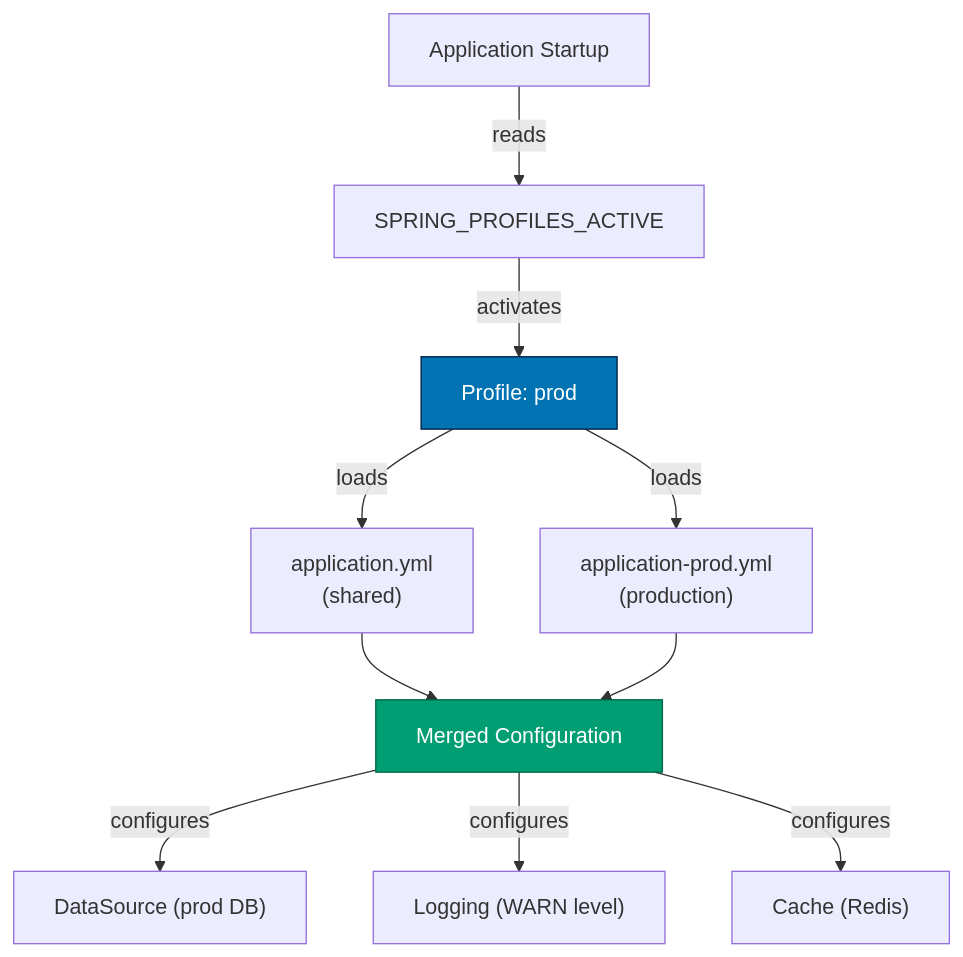
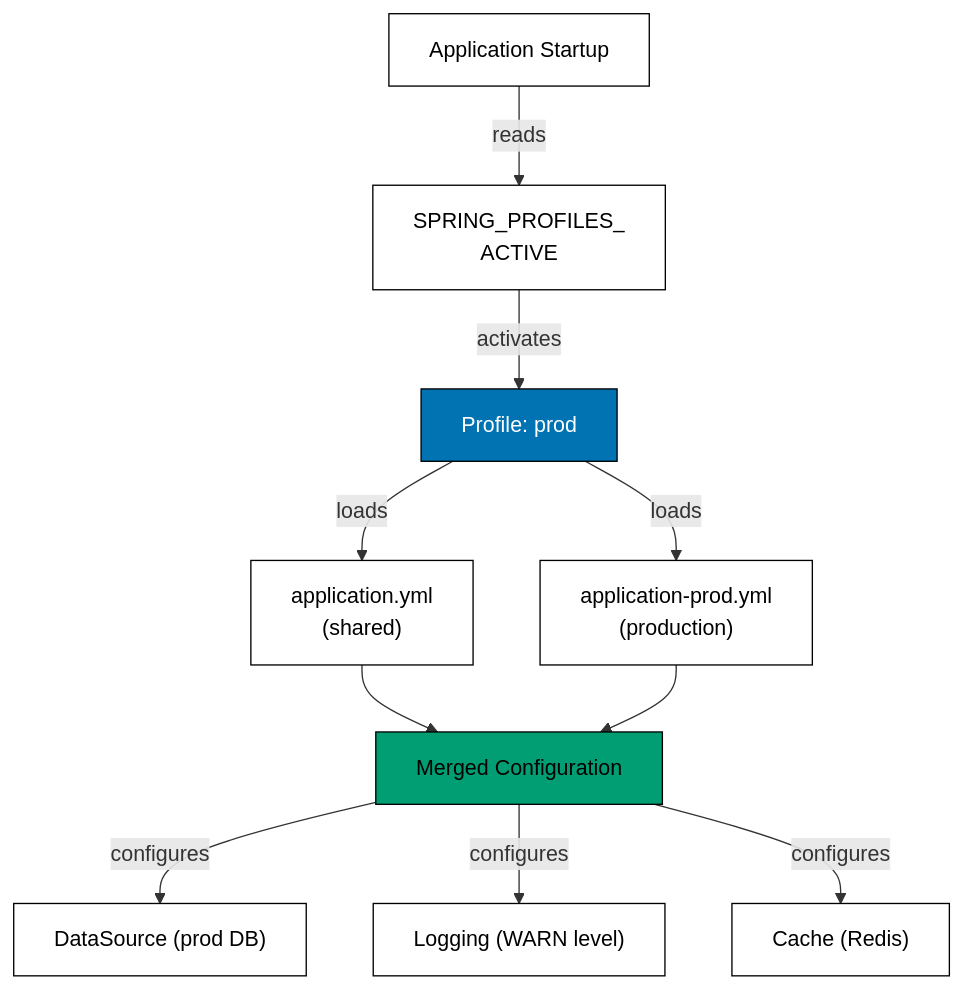
One commit to wahidyankf/ose-public changed the diagram in apps/ayokoding-www/content/en/learn/legacy/software-engineering/platforms/web/tools/jvm-spring-boot/in-the-field/profiles-environments.md. Above: the diagram before and after it, drawn with Mermaid. The commit also changed 130 other files, not shown here.

First line of the commit message:
fix(mermaid): bring the legacy platforms diagrams onto the accessible palette

````diff
--- a/apps/ayokoding-www/content/en/learn/legacy/software-engineering/platforms/web/tools/jvm-spring-boot/in-the-field/profiles-environments.md
+++ b/apps/ayokoding-www/content/en/learn/legacy/software-engineering/platforms/web/tools/jvm-spring-boot/in-the-field/profiles-environments.md
@@ -365,19 +365,23 @@
 ```mermaid
-%%{init: {'theme':'base',<br/>'themeVariables': {<br/>'primaryColor':'#0173B2','primaryTextColor':'#fff','primaryBorderColor':'#024','lineColor':'#DE8F05','secondaryColor':'#029E73','tertiaryColor':'#CA9161','fontSize':'16px'}}}%%
 graph TD
-    A["Application Startup"] -->|"reads"| B["SPRING_PROFILES_ACTIVE"]
+    accTitle: Architecture Diagram
+    accDescr: Graph with 9 nodes and 9 connections. Nodes: Application Startup, SPRING_PROFILES_ ACTIVE, Profile: prod, application.yml (shared), application-prod.yml (production), Merged Configuration, DataSource (prod DB), Logging (WARN level), Cache (Redis). Connections: Application Startup to SPRING_PROFILES_ ACTIVE (reads), SPRING_PROFILES_ ACTIVE to Profile: prod (activates), Profile: prod to application.yml (shared) (loads), Profile: prod to application-prod.yml (production) (loads), application.yml (shared) to Merged Configuration, application-prod.yml (production) to Merged Configuration, Merged Configuration to DataSource (prod DB) (configures), Merged Configuration to Logging (WARN level) (configures), Merged Configuration to Cache (Redis) (configures).
+    A["Application Startup"] -->|"reads"| B["SPRING_PROFILES_<br/>ACTIVE"]
     B -->|"activates"| C["Profile: prod"]
 
     C -->|"loads"| D["application.yml<br/>(shared)"]
     C -->|"loads"| E["application-prod.yml<br/>(production)"]
 
     D --> F["Merged Configuration"]
     E --> F
 
     F -->|"configures"| G["DataSource (prod DB)"]
     F -->|"configures"| H["Logging (WARN level)"]
     F -->|"configures"| I["Cache (Redis)"]
 
-    style C fill:#0173B2,stroke:#024,color:#fff
-    style F fill:#029E73,stroke:#016647,color:#fff
+    classDef pal-0173B2 fill:#0173B2,stroke:#000000,color:#FFFFFF
+    class C pal-0173B2
+    classDef pal-029E73 fill:#029E73,stroke:#000000,color:#000000
+    class F pal-029E73
+    classDef default fill:#FFFFFF,stroke:#000000,color:#000000
 ```
````
